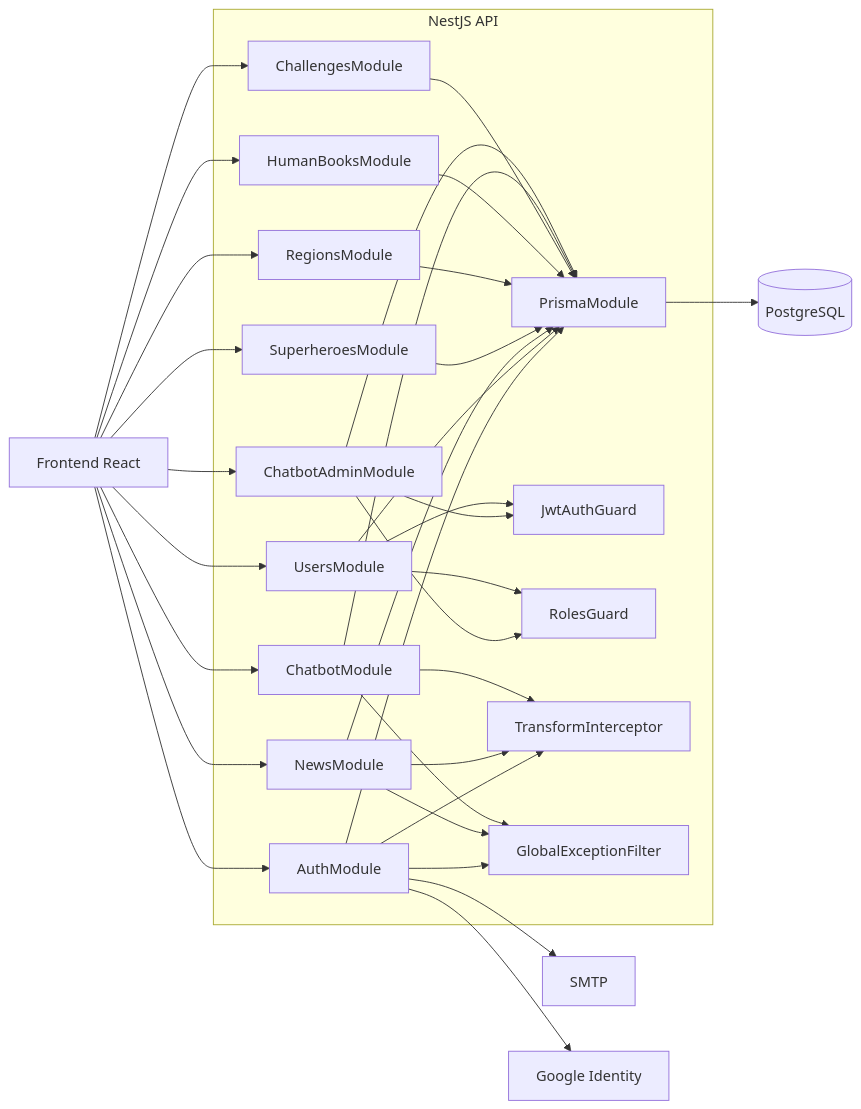
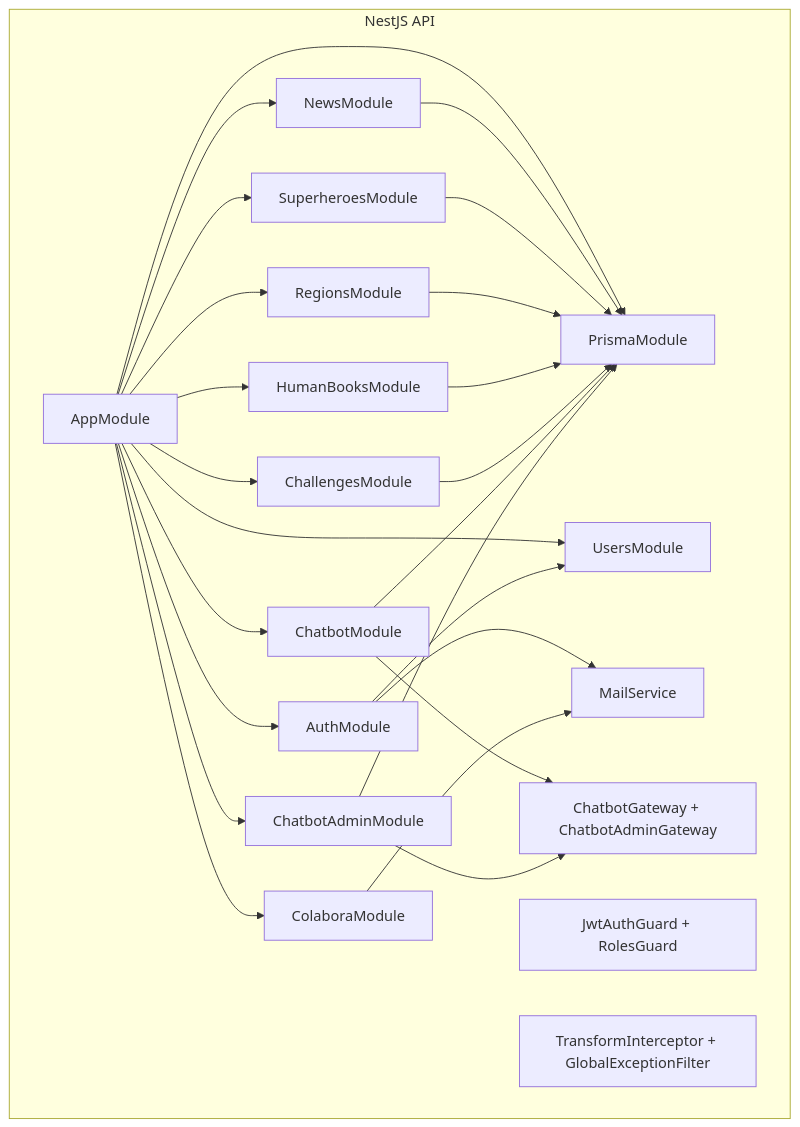
Before and after one commit to RoockDev/proyecto-proclade: the diagram in docs/02-architecture/02.3-c4-component-backend.md, drawn with Mermaid. The commit also changed other lines of this file and 42 other files, not shown here.

````diff
--- a/docs/02-architecture/02.3-c4-component-backend.md
+++ b/docs/02-architecture/02.3-c4-component-backend.md
@@ -7,61 +7,46 @@
 ```mermaid
-flowchart LR
-  fe["Frontend React"]
-  db[("PostgreSQL")]
-  smtp["SMTP"]
-  google["Google Identity"]
-
+flowchart TB
   subgraph api["NestJS API"]
+    app["AppModule"]
+    prisma["PrismaModule"]
     auth["AuthModule"]
     users["UsersModule"]
     news["NewsModule"]
     superheroes["SuperheroesModule"]
     regions["RegionsModule"]
-    humanBooks["HumanBooksModule"]
+    books["HumanBooksModule"]
     challenges["ChallengesModule"]
+    colabora["ColaboraModule"]
     chatbot["ChatbotModule"]
     chatbotAdmin["ChatbotAdminModule"]
-    prisma["PrismaModule"]
-
-    jwt["JwtAuthGuard"]
-    roles["RolesGuard"]
-    interceptor["TransformInterceptor"]
-    filter["GlobalExceptionFilter"]
+    mail["MailService"]
+    guards["JwtAuthGuard + RolesGuard"]
+    http["TransformInterceptor + GlobalExceptionFilter"]
+    ws["ChatbotGateway + ChatbotAdminGateway"]
   end
 
-  fe --> auth
-  fe --> users
-  fe --> news
-  fe --> superheroes
-  fe --> regions
-  fe --> humanBooks
-  fe --> challenges
-  fe --> chatbot
-  fe --> chatbotAdmin
+  app --> prisma
+  app --> auth
+  app --> users
+  app --> news
+  app --> superheroes
+  app --> regions
+  app --> books
+  app --> challenges
+  app --> colabora
+  app --> chatbot
+  app --> chatbotAdmin
 
-  auth --> prisma
-  users --> prisma
+  auth --> users
+  auth --> mail
   news --> prisma
   superheroes --> prisma
   regions --> prisma
-  humanBooks --> prisma
+  books --> prisma
   challenges --> prisma
+  colabora --> mail
   chatbot --> prisma
+  chatbot --> ws
   chatbotAdmin --> prisma
-
-  prisma --> db
-  auth --> google
-  auth --> smtp
-
-  chatbotAdmin --> jwt
-  chatbotAdmin --> roles
-  users --> jwt
-  users --> roles
-
-  auth --> interceptor
-  news --> interceptor
-  chatbot --> interceptor
-  auth --> filter
-  news --> filter
-  chatbot --> filter
+  chatbotAdmin --> ws
 ```
````
